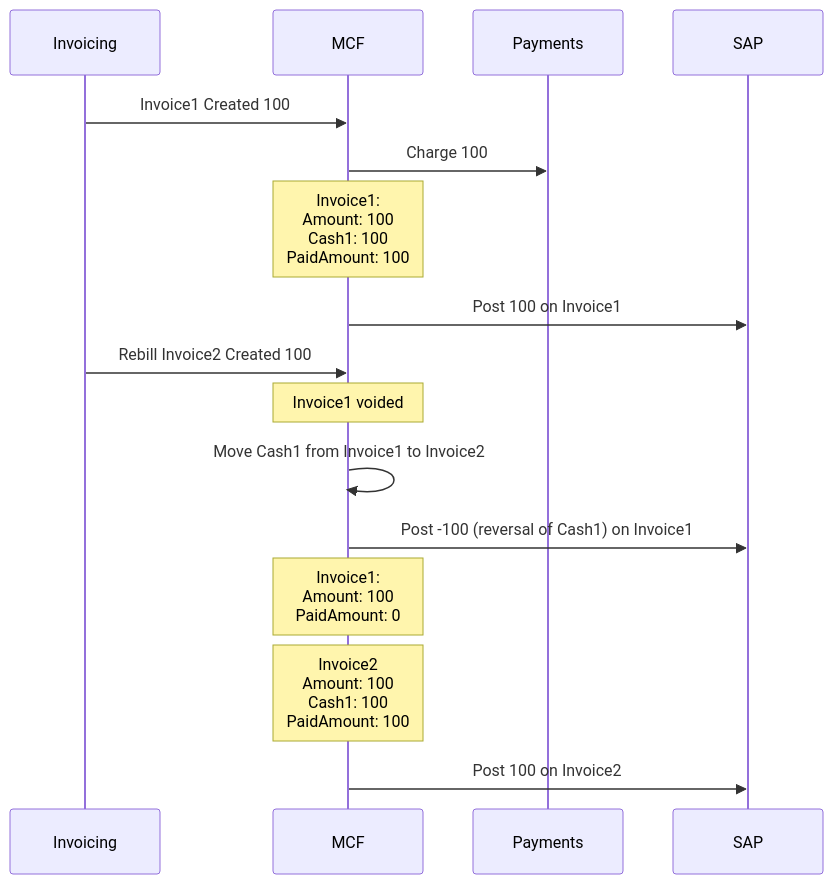
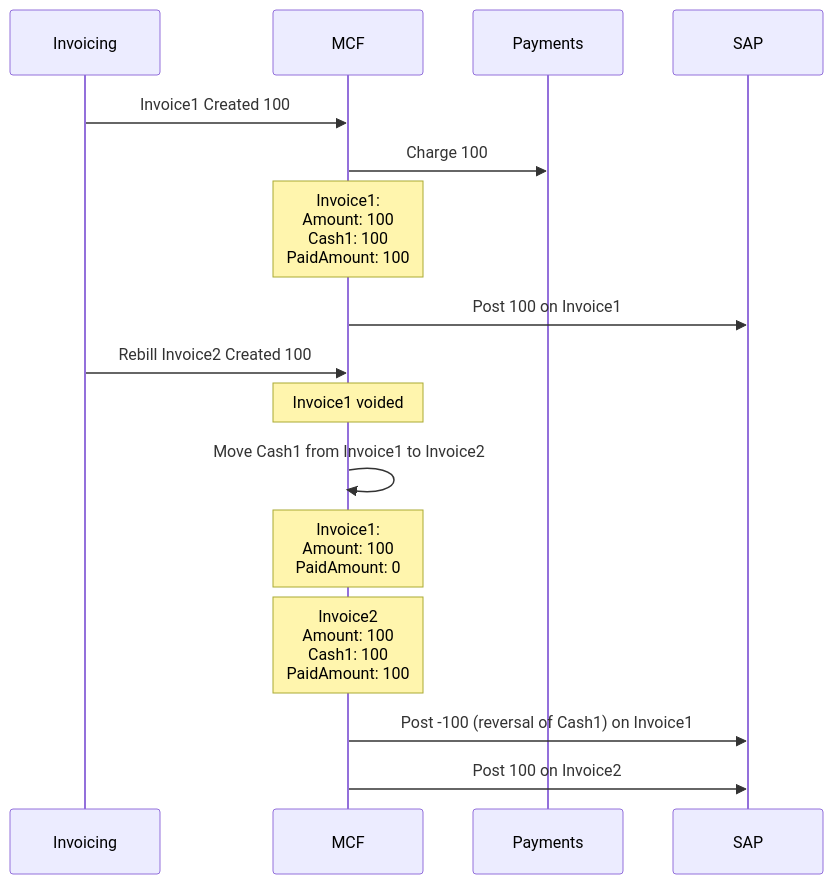
Before and after one commit to vikramsinha/test1: the fifth of 13 diagrams in MCF-SAP Scenarios.md, drawn with Mermaid. The commit also changed other lines of this file, not shown here.

Commit message:
Update MCF-SAP Scenarios.md

````diff
--- a/MCF-SAP Scenarios.md
+++ b/MCF-SAP Scenarios.md
@@ -74,20 +74,20 @@
 ```mermaid
 %%{init: {'theme': 'default'} }%%
 sequenceDiagram
     participant Invoicing
     participant MCF
     participant Payments
     participant SAP
     Invoicing->>MCF: Invoice1 Created 100
     MCF->>Payments: Charge 100
     Note over MCF: Invoice1:<br/>Amount: 100<br/>Cash1: 100<br/>PaidAmount: 100
     MCF->>SAP: Post 100 on Invoice1
     Invoicing->>MCF: Rebill Invoice2 Created 100
     Note over MCF: Invoice1 voided
     MCF->>MCF: Move Cash1 from Invoice1 to Invoice2
-    MCF->>SAP: Post -100 (reversal of Cash1) on Invoice1
     Note over MCF: Invoice1:<br/>Amount: 100<br/>PaidAmount: 0
     Note over MCF: Invoice2<br/>Amount: 100<br/>Cash1: 100<br/>PaidAmount: 100
+    MCF->>SAP: Post -100 (reversal of Cash1) on Invoice1
     MCF->>SAP: Post 100 on Invoice2
 
 ```
````
